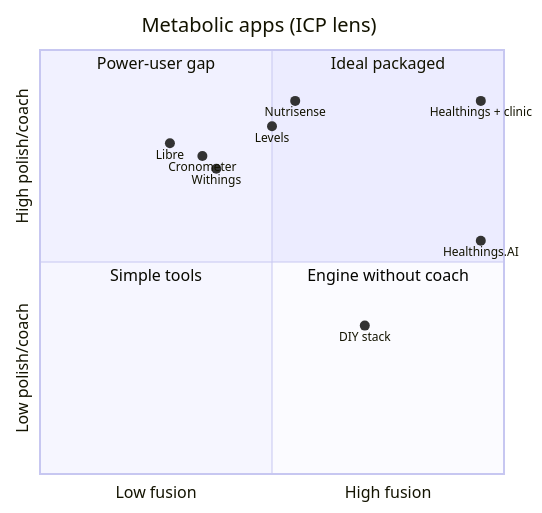
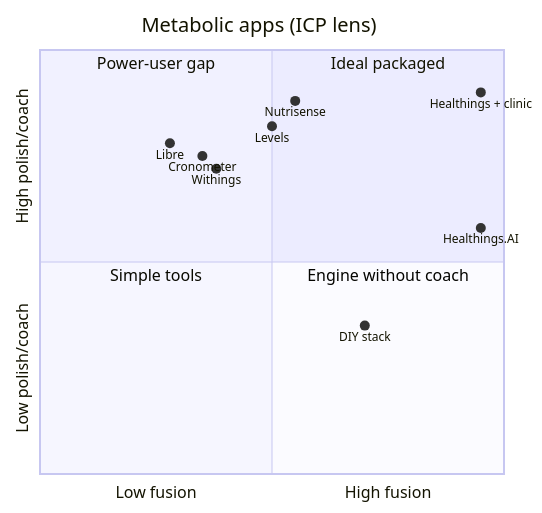
The diagram in investor-pov/COMPETITOR-SCORES.md (ravivshweidgit/healthings-medilab), drawn with Mermaid before and after one commit. The commit also changed other lines of this file and 12 other files, not shown here.

````diff
--- a/investor-pov/COMPETITOR-SCORES.md
+++ b/investor-pov/COMPETITOR-SCORES.md
@@ -172,18 +171,18 @@
 ```mermaid
 quadrantChart
     title Metabolic apps (ICP lens)
     x-axis Low fusion --> High fusion
     y-axis Low polish/coach --> High polish/coach
     quadrant-1 Ideal packaged
     quadrant-2 Power-user gap
     quadrant-3 Simple tools
     quadrant-4 Engine without coach
     Nutrisense: [0.55, 0.88]
     Levels: [0.50, 0.82]
     Cronometer: [0.35, 0.75]
     Libre: [0.28, 0.78]
     Withings: [0.38, 0.72]
     DIY stack: [0.70, 0.35]
-    Healthings.AI: [0.95, 0.55]
-    Healthings + clinic: [0.95, 0.88]
+    Healthings.AI: [0.95, 0.58]
+    Healthings + clinic: [0.95, 0.90]
 ```
````
